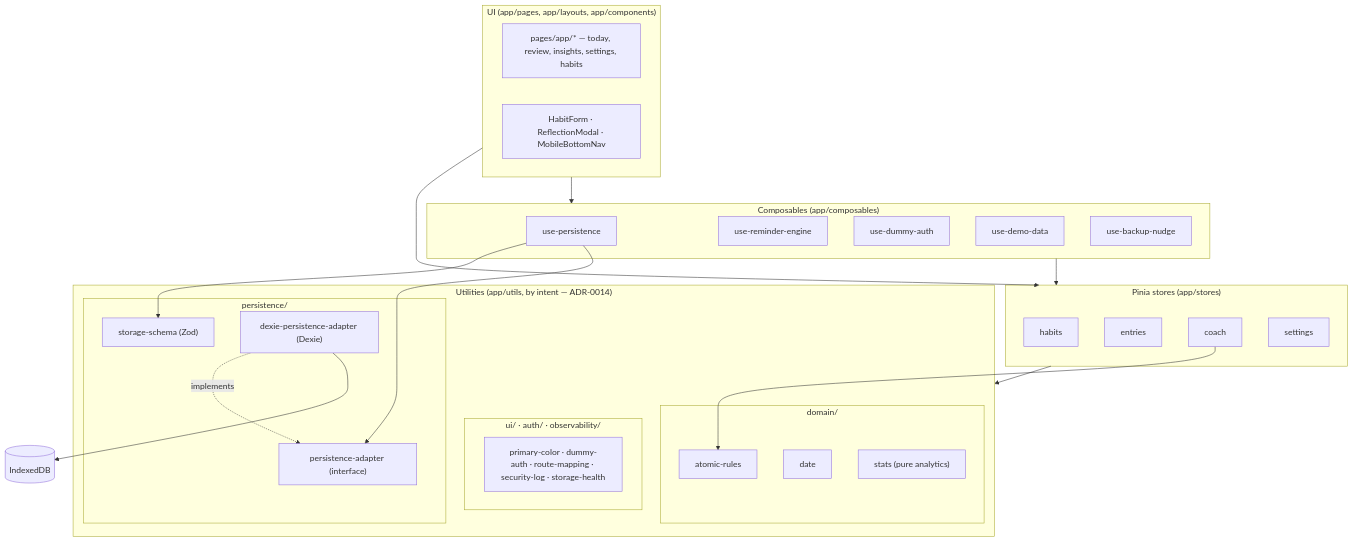
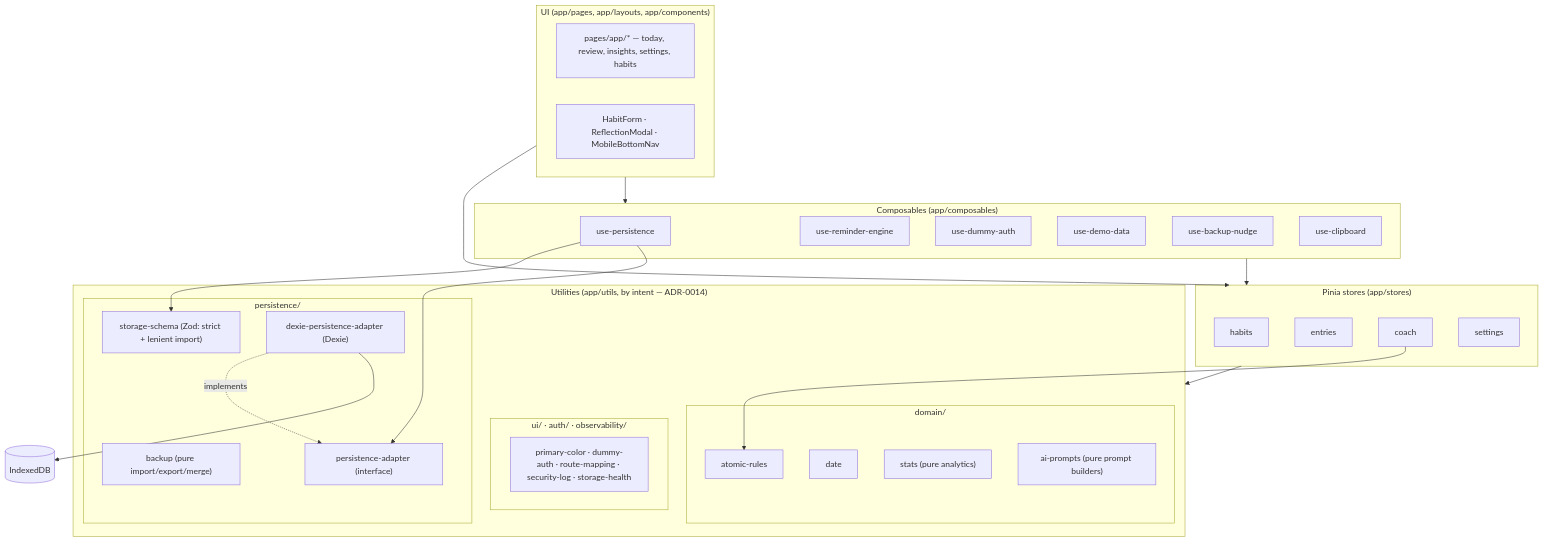
The first of 3 diagrams in docs/architecture.md (dinooo13/habit-tracker), drawn with Mermaid before and after one commit. The commit also changed other lines of this file and 6 other files, not shown here.

First line of the commit message:
refactor(#69): wire settings.vue to pure modules; add lenient import tests + docs

````diff
--- a/docs/architecture.md
+++ b/docs/architecture.md
@@ -13,50 +13,53 @@
 ```mermaid
 flowchart TD
   subgraph UI["UI (app/pages, app/layouts, app/components)"]
     pages["pages/app/* — today, review, insights, settings, habits"]
     comps["HabitForm · ReflectionModal · MobileBottomNav"]
   end
 
   subgraph Stores["Pinia stores (app/stores)"]
     habits["habits"]
     entries["entries"]
     coach["coach"]
     settings["settings"]
   end
 
   subgraph Composables["Composables (app/composables)"]
     persistence["use-persistence"]
     reminders["use-reminder-engine"]
     auth["use-dummy-auth"]
     demo["use-demo-data"]
     backup["use-backup-nudge"]
+    clipboard["use-clipboard"]
   end
 
   subgraph Utils["Utilities (app/utils, by intent — ADR-0014)"]
     subgraph UDomain["domain/"]
       rules["atomic-rules"]
       date["date"]
       stats["stats (pure analytics)"]
+      prompts["ai-prompts (pure prompt builders)"]
     end
     subgraph UPersist["persistence/"]
-      schema["storage-schema (Zod)"]
+      schema["storage-schema (Zod: strict + lenient import)"]
+      backupmod["backup (pure import/export/merge)"]
       adapter["persistence-adapter (interface)"]
       dexie["dexie-persistence-adapter (Dexie)"]
     end
     subgraph UOther["ui/ · auth/ · observability/"]
       other["primary-color · dummy-auth · route-mapping · security-log · storage-health"]
     end
   end
 
   Storage[("IndexedDB")]
 
   UI --> Stores
   UI --> Composables
   Stores --> Utils
   Composables --> Stores
   persistence --> schema
   persistence --> adapter
   dexie -. implements .-> adapter
   dexie --> Storage
   coach --> rules
 ```
````
